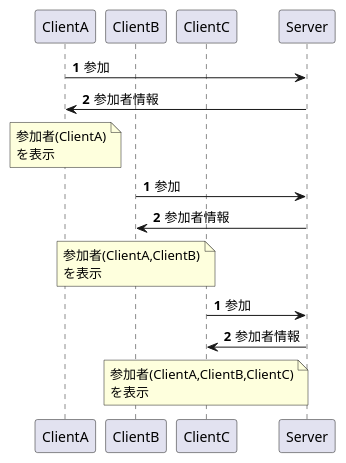
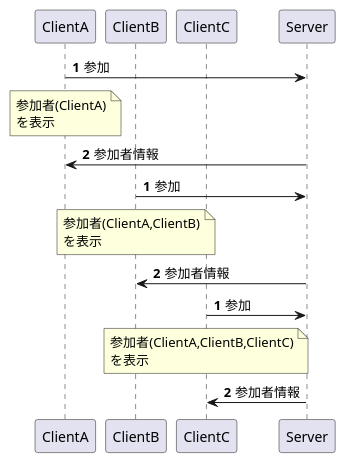
The diagram in Document/Join.puml (IG-Cultist/MyRepository), drawn with PlantUML before and after one commit. The commit also changed 55 other files, not shown here.

```diff
--- a/Document/Join.puml
+++ b/Document/Join.puml
@@ -1,34 +1,33 @@
 @startuml
 '入室シーケンス図
 
 participant ClientA
 participant ClientB
 participant ClientC
 participant Server
 
 autonumber
 ClientA -> Server : 参加
-ClientA <- Server : 参加者情報
-
 note over ClientA
 参加者(ClientA)
 を表示
 end note
+ClientA <- Server : 参加者情報
 
 autonumber
 ClientB -> Server : 参加
-ClientB <- Server : 参加者情報
 note over ClientB
 参加者(ClientA,ClientB)
 を表示
 end note
 
+ClientB <- Server : 参加者情報
 autonumber
 ClientC -> Server : 参加
-ClientC <- Server : 参加者情報
 note over ClientC
 参加者(ClientA,ClientB,ClientC)
 を表示
 end note
+ClientC <- Server : 参加者情報
 
 @enduml
```
